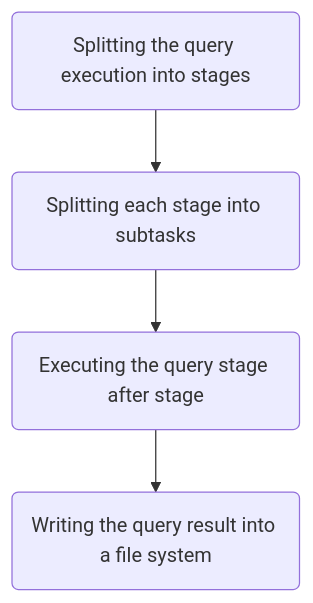
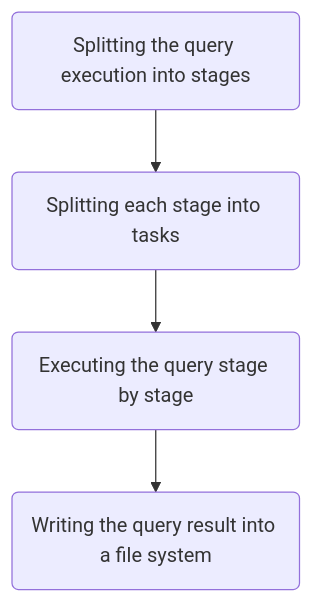
Before and after one commit to Enochack/enochack.github.io: the second of 2 diagrams in content/posts/mpp-mapreduce.md, drawn with Mermaid. The commit also changed other lines of this file, not shown here.

````diff
--- a/content/posts/mpp-mapreduce.md
+++ b/content/posts/mpp-mapreduce.md
@@ -114,7 +82,7 @@
 ```mermaid
 flowchart TD
 a("Splitting the query execution into stages")
---> b("Splitting each stage into subtasks")
---> c("Executing the query stage after stage")
+--> b("Splitting each stage into tasks")
+--> c("Executing the query stage by stage")
 --> d("Writing the query result into a file system")
 ```
````
